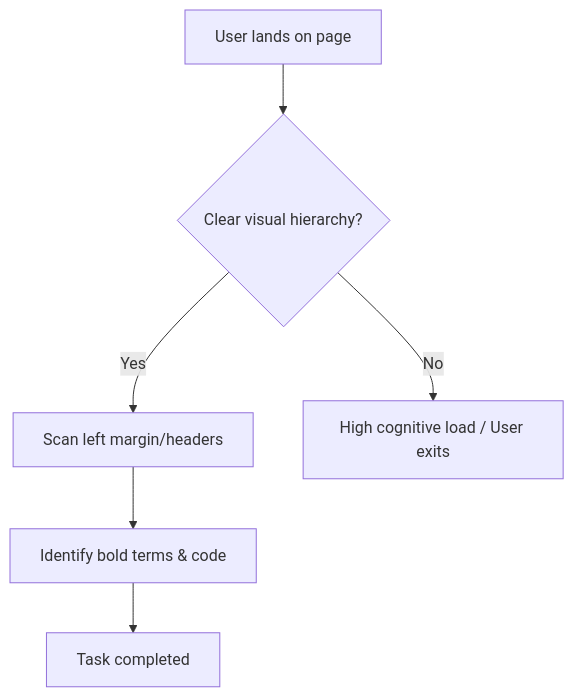
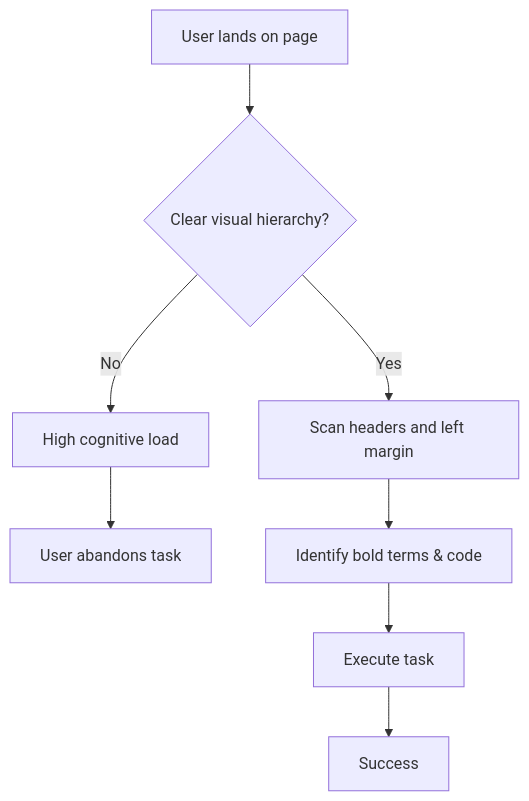
One commit to vaishvanara/techwritingkb changed the diagram in docs/industry-terms/scannability.md. Above: the diagram before and after it, drawn with Mermaid. The commit also changed other lines of this file and 51 other files, not shown here.

````diff
--- a/docs/industry-terms/scannability.md
+++ b/docs/industry-terms/scannability.md
@@ -61,9 +61,10 @@
 ```mermaid
 graph TD
     A[User lands on page] --> B{Clear visual hierarchy?}
-    B -- Yes --> C[Scan left margin/headers]
-    B -- No --> D[High cognitive load / User exits]
+    B -- No --> D[High cognitive load]
+    D --> G[User abandons task]
+    B -- Yes --> C[Scan headers and left margin]
     C --> E[Identify bold terms & code]
-    F[Task completed]
-    E --> F
+    E --> F[Execute task]
+    F --> H[Success]
 ```
````
